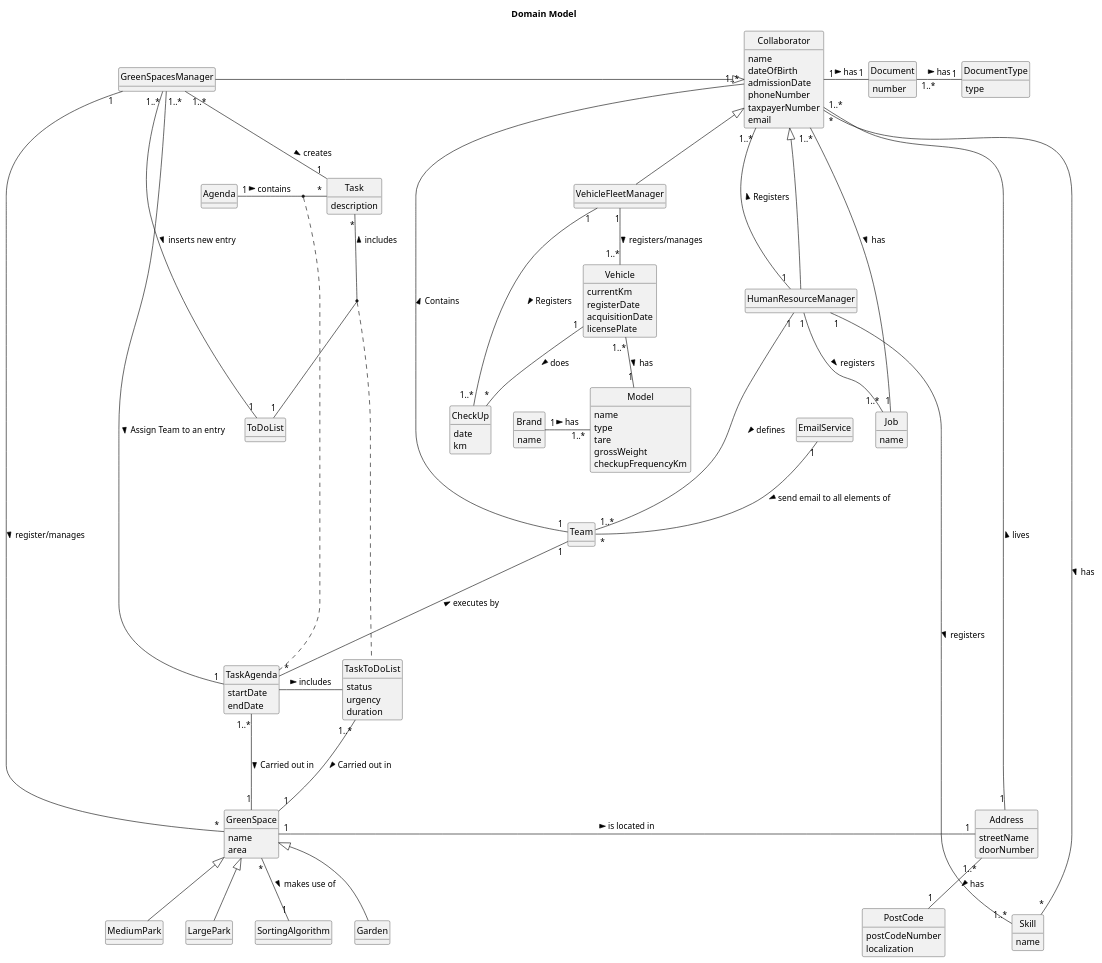
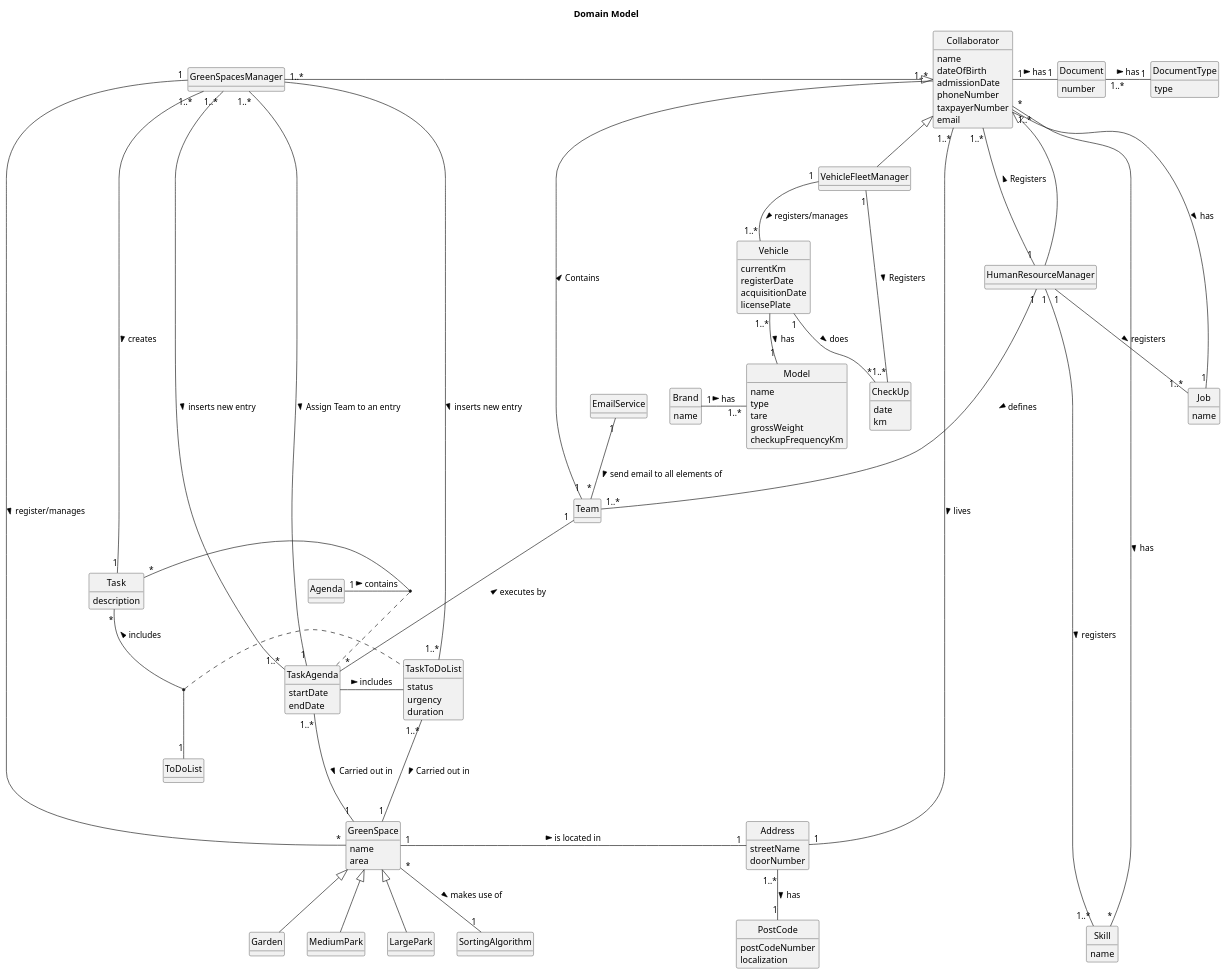
One commit to Departamento-de-Engenharia-Informatica/lei-24-s2-1db-g022 changed the diagram in docs/sprint3/global-artifacts/02.analysis/puml/partial-use-domain-model.puml. Above: the diagram before and after it, drawn with PlantUML. The commit also changed 1 other file, not shown here.

```diff
--- a/docs/sprint3/global-artifacts/02.analysis/puml/partial-use-domain-model.puml
+++ b/docs/sprint3/global-artifacts/02.analysis/puml/partial-use-domain-model.puml
@@ -1,176 +1,177 @@
 @startuml
 skinparam monochrome true
 skinparam packageStyle rectangle
 skinparam shadowing false
 skinparam classAttributeIconSize 0
 hide circle
 hide methods
 
 title Domain Model
 
 class Collaborator {
     name
     dateOfBirth
     admissionDate
     phoneNumber
     taxpayerNumber
     email
 }
 
 class Document{
     number
 }
 
 class DocumentType{
     type
 }
 
 class Address {
     streetName
     doorNumber
 }
 
 class PostCode{
     postCodeNumber
     localization
 }
 
 class VehicleFleetManager {
 }
 
 class HumanResourceManager {
 }
 
 class Brand {
      name
 }
 
 class Model {
      name
      type
      tare
      grossWeight
      checkupFrequencyKm
 }
 
 class Vehicle {
     currentKm
     registerDate
     acquisitionDate
     licensePlate
 }
 
 class Skill{
     name
 }
 
 class Job{
     name
 }
 class Team{
 }
 
 class CheckUp{
     date
     km
 }
 
 class GreenSpacesManager {
 }
 
 class GreenSpace {
     name
     area
 }
 
 class Garden {
 }
 
 class MediumPark {
 }
 
 class LargePark {
 }
 
 class ToDoList {
 }
 
 class TaskToDoList{
     status
     urgency
     duration
 }
 
 class TaskAgenda{
     startDate
     endDate
 }
 
 class Task {
     description
 }
 
 class Agenda{
 }
 
 Address "1..*" -- "1" PostCode : has >
 
 Document "1..*" - "1" DocumentType : has >
 
 '-------------Collaborator-------------
 Collaborator "1" - "1" Document : has >
 Collaborator "1..*" --- "1" Job : has >
 Collaborator  <|--  HumanResourceManager
 Collaborator <|-- VehicleFleetManager
 GreenSpacesManager  -|>  Collaborator
-Address "1" - "1..*" Collaborator : lives >
+Address "1" - "1..*" Collaborator : lives <
 Skill "*" ---------- "*" Collaborator : has <
 Collaborator "1..*" ----- "1" Team : Contains <
 
 '-------------HumanResourceManager-------------
 HumanResourceManager "1" -- "1..*" Skill : registers >
 HumanResourceManager "1" -- "1..*" Job : registers >
 HumanResourceManager "1" --- "1..*" Collaborator : Registers >
 HumanResourceManager "1" -- "1..*" Team : defines >
 
 '-------------VehicleFleetManager-------------
 VehicleFleetManager "1" -- "1..*" Vehicle : registers/manages >
 VehicleFleetManager "1" -- "1..*" CheckUp : Registers >
 
 '-------------Brand-------------
 Brand "1" -  "1..*" Model : has >
 
 '-------------Vehicle-------------
 Vehicle "1..*" -- "1" Model : has >
 Vehicle "1" -- "*" CheckUp : does >
 
 '-------------GreenSpacesManager-------------
 GreenSpacesManager "1" - "*" GreenSpace : register/manages >
 GreenSpacesManager "1..*" -- "1" Task : creates >
-GreenSpacesManager "1..*" - "1" ToDoList : inserts new entry >
+GreenSpacesManager "1..*" - "1..*" TaskToDoList : inserts new entry >
+GreenSpacesManager "1..*" - "1..*" TaskAgenda : inserts new entry >
 
 '-------------GreenSpace-------------
 GreenSpace "1" - "1" Address : is located in >
 GreenSpace <|-- Garden
 GreenSpace <|-- MediumPark
 GreenSpace <|-- LargePark
 
 TaskAgenda "1..*" --- "1" GreenSpace :  Carried out in  >
 TaskToDoList "1..*" --- "1" GreenSpace :  Carried out in  >
 
 Task "*" -- "1" ToDoList : includes <
 
 
 GreenSpacesManager "1..*" - "1" TaskAgenda : Assign Team to an entry >
 Team "1" --- "*" TaskAgenda : executes by <
 Agenda "1" - "*" Task : contains >
 
 EmailService "1" -- "*" Team :  send email to all elements of >
 
 GreenSpace "*" -- "1" SortingAlgorithm : makes use of >
 
 (Task,ToDoList) .. TaskToDoList
 (Task,Agenda) .. TaskAgenda
 
 TaskAgenda - TaskToDoList : includes >
 @enduml
```
